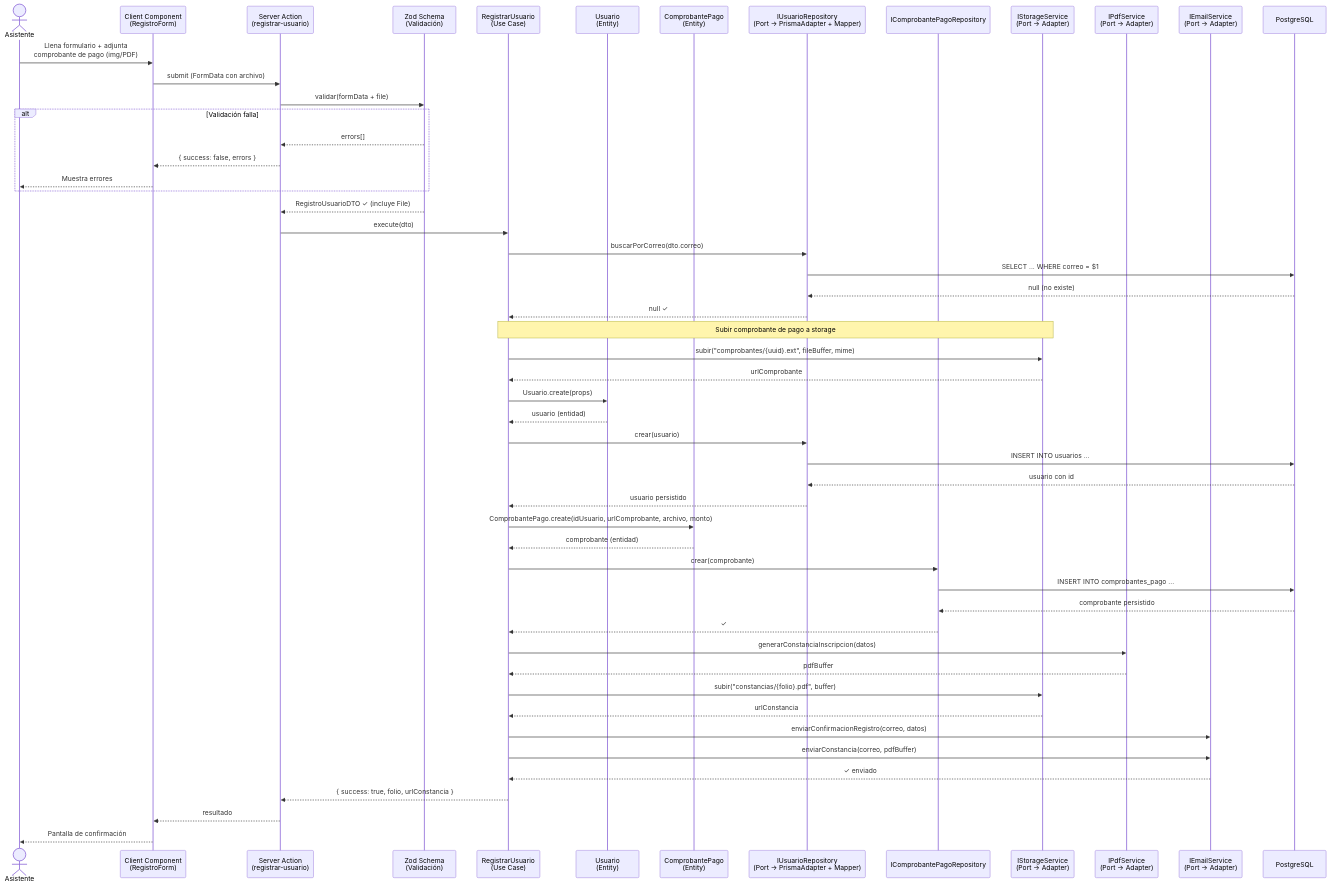
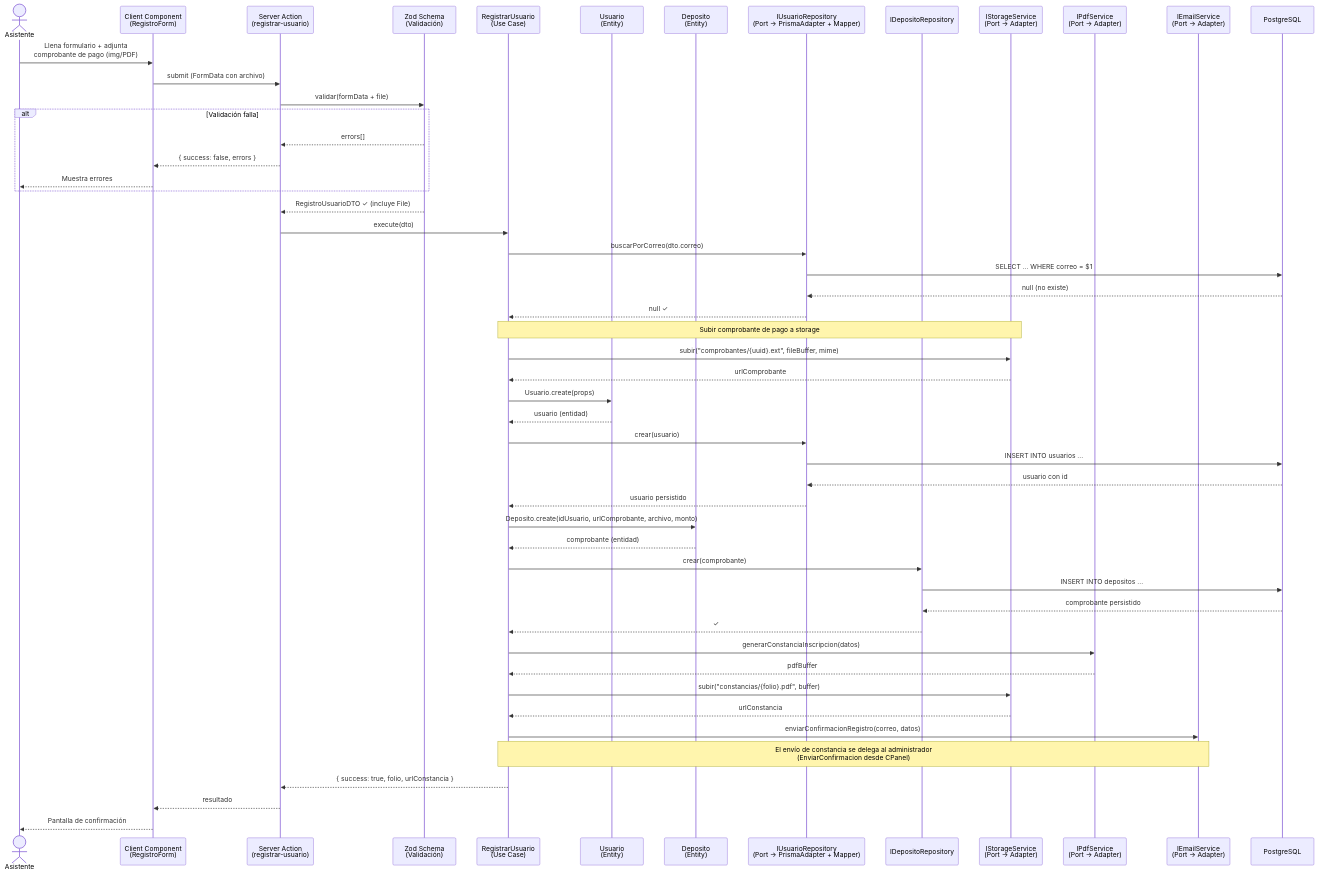
The fifth of 14 diagrams in docs/DESIGN.md (iKinoo/aniei-registro-2026), drawn with Mermaid before and after one commit. The commit also changed other lines of this file, not shown here.

````diff
--- a/docs/DESIGN.md
+++ b/docs/DESIGN.md
@@ -682,69 +682,68 @@
 ```mermaid
 sequenceDiagram
     actor A as Asistente
     participant CC as Client Component<br/>(RegistroForm)
     participant SA as Server Action<br/>(registrar-usuario)
     participant Val as Zod Schema<br/>(Validación)
     participant UC as RegistrarUsuario<br/>(Use Case)
     participant Dom as Usuario<br/>(Entity)
-    participant Comp as ComprobantePago<br/>(Entity)
+    participant Comp as Deposito<br/>(Entity)
     participant Repo as IUsuarioRepository<br/>(Port → PrismaAdapter + Mapper)
-    participant CompRepo as IComprobantePagoRepository
+    participant CompRepo as IDepositoRepository
     participant Store as IStorageService<br/>(Port → Adapter)
     participant PDF as IPdfService<br/>(Port → Adapter)
     participant Mail as IEmailService<br/>(Port → Adapter)
     participant DB as PostgreSQL
 
     A->>CC: Llena formulario + adjunta<br/>comprobante de pago (img/PDF)
     CC->>SA: submit (FormData con archivo)
     SA->>Val: validar(formData + file)
     
     alt Validación falla
         Val-->>SA: errors[]
         SA-->>CC: { success: false, errors }
         CC-->>A: Muestra errores
     end
 
     Val-->>SA: RegistroUsuarioDTO ✓ (incluye File)
 
     SA->>UC: execute(dto)
     
     UC->>Repo: buscarPorCorreo(dto.correo)
     Repo->>DB: SELECT ... WHERE correo = $1
     DB-->>Repo: null (no existe)
     Repo-->>UC: null ✓
 
     Note over UC,Store: Subir comprobante de pago a storage
     UC->>Store: subir("comprobantes/{uuid}.ext", fileBuffer, mime)
     Store-->>UC: urlComprobante
 
     UC->>Dom: Usuario.create(props)
     Dom-->>UC: usuario (entidad)
 
     UC->>Repo: crear(usuario)
     Repo->>DB: INSERT INTO usuarios ...
     DB-->>Repo: usuario con id
     Repo-->>UC: usuario persistido
 
-    UC->>Comp: ComprobantePago.create(idUsuario, urlComprobante, archivo, monto)
+    UC->>Comp: Deposito.create(idUsuario, urlComprobante, archivo, monto)
     Comp-->>UC: comprobante (entidad)
 
     UC->>CompRepo: crear(comprobante)
-    CompRepo->>DB: INSERT INTO comprobantes_pago ...
+    CompRepo->>DB: INSERT INTO depositos ...
     DB-->>CompRepo: comprobante persistido
     CompRepo-->>UC: ✓
 
     UC->>PDF: generarConstanciaInscripcion(datos)
     PDF-->>UC: pdfBuffer
 
     UC->>Store: subir("constancias/{folio}.pdf", buffer)
     Store-->>UC: urlConstancia
 
     UC->>Mail: enviarConfirmacionRegistro(correo, datos)
-    UC->>Mail: enviarConstancia(correo, pdfBuffer)
-    Mail-->>UC: ✓ enviado
+    Note over UC,Mail: El envío de constancia se delega al administrador<br/>(EnviarConfirmacion desde CPanel)
 
     UC-->>SA: { success: true, folio, urlConstancia }
     SA-->>CC: resultado
     CC-->>A: Pantalla de confirmación
 ```
````
